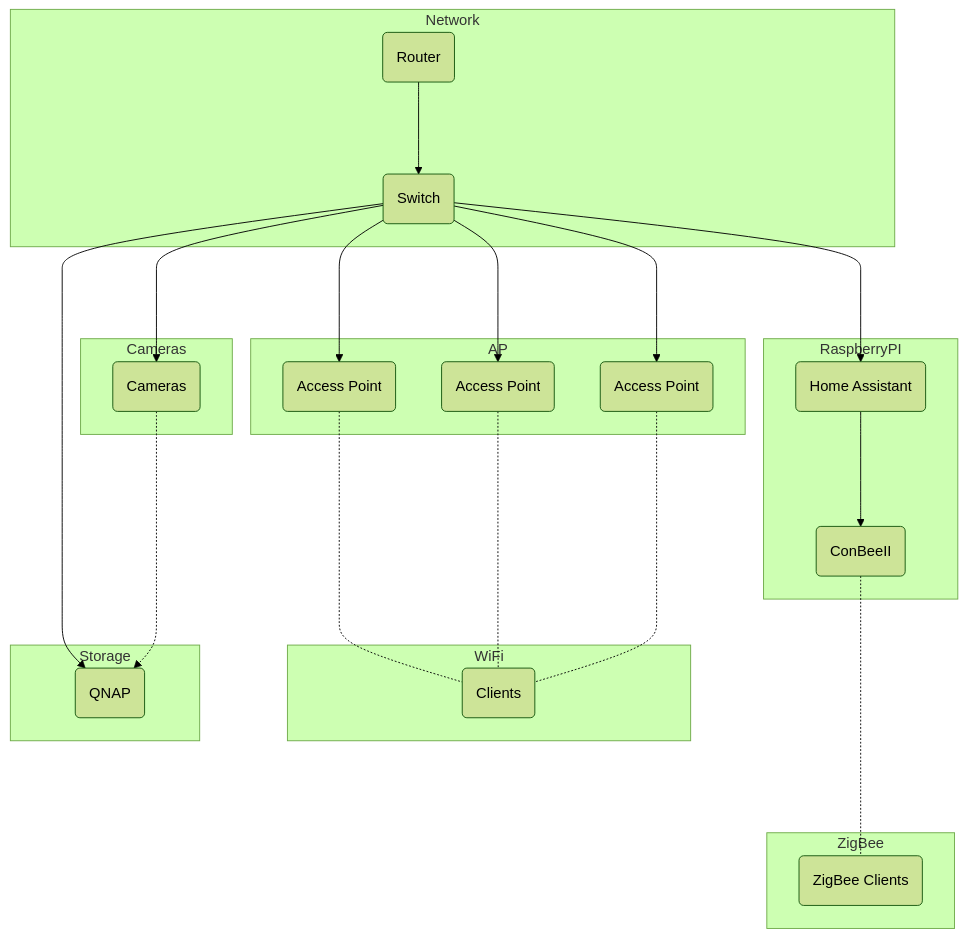
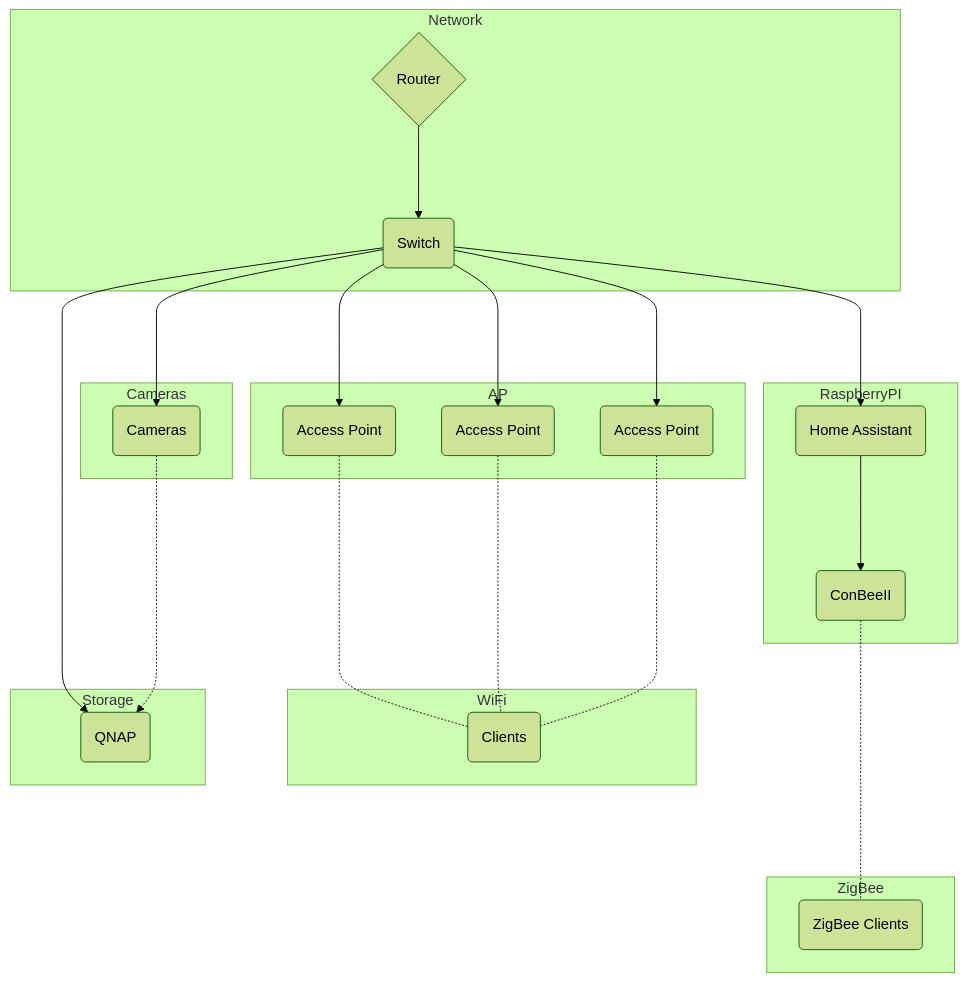
The diagram in README.md (rangulvers/Homeautomation), drawn with Mermaid (forest theme) before and after one commit.

````diff
--- a/README.md
+++ b/README.md
@@ -60,31 +60,31 @@
 ```mermaid
     flowchart TB
         subgraph Network
-            rout1(Router) ---> net1
+            rout1{Router} ---> net1
         end
         subgraph AP
             net1(Switch) ---> net2(Access Point)
             net1(Switch) ---> net3(Access Point)
             net1(Switch) ---> net4(Access Point)
         end
         subgraph WiFi
             net2 -...- wifi1(Clients)
             net3 -...- wifi1(Clients)
             net4 -...- wifi1(Clients)
         end
         subgraph Cameras
             net1(Switch) ---> cam1(Cameras) 
         end
         subgraph Storage
             net1 ---> stor1(QNAP)
             cam1 -...-> stor1
         end
         subgraph RaspberryPI
             ha1(Home Assistant) ---> ha2(ConBeeII)
             net1 ---> ha1
         end
         subgraph ZigBee
             ha2 -...- zb1c(ZigBee Clients)
         end
 
 ```
````
